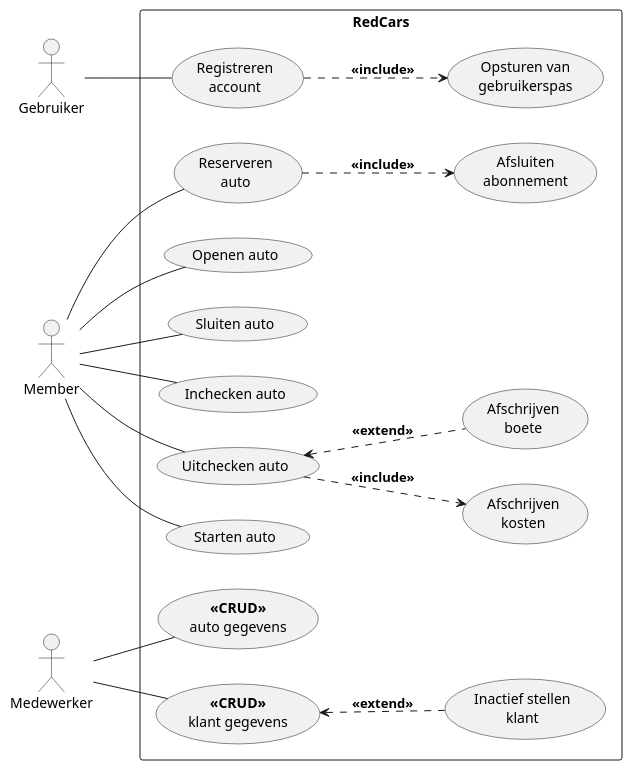
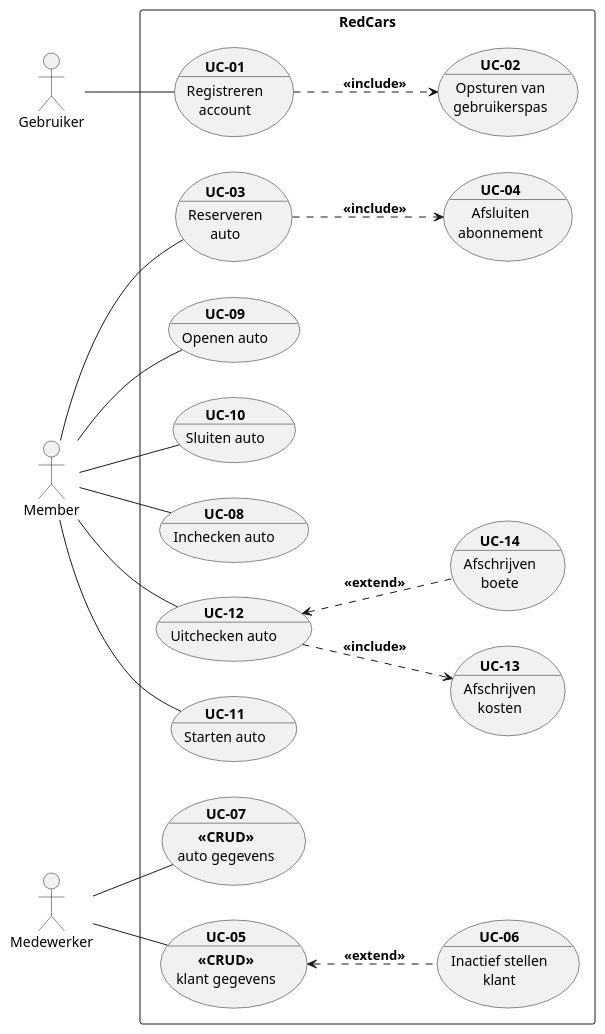
The diagram in diagrams/plantuml/use_case/use_case_diagram.puml (LukevLuijn/osm_mo_casus), drawn with PlantUML before and after one commit. The commit also changed 2 other files, not shown here.

Commit message:
[osmm] diagram updates & SRS updates

```diff
--- a/diagrams/plantuml/use_case/use_case_diagram.puml
+++ b/diagrams/plantuml/use_case/use_case_diagram.puml
@@ -1,50 +1,93 @@
 @startuml
 'https://plantuml.com/use-case-diagram
 
 left to right direction
 
+'|**UC_01**|Account Registeren      |
+'|**UC_02**|Opsturen Gebruikerspas  |
+'|**UC_03**|Auto Reserveren         |
+'|**UC_04**|Abonnement Afsluiten    |
+'|**UC_05**|Beheren Klant Gegevens  |
+'|**UC_06**|Inactief stellen klant  |
+'|**UC_07**|Beheren Auto Gegevens   |
+'|**UC_08**|Auto Inchecken          |
+'|**UC_09**|Auto Openen             |
+'|**UC_10**|Auto Sluiten            |
+'|**UC_11**|Auto Starten            |
+'|**UC_12**|Auto Uitchecken         |
+'|**UC_13**|Afschrijven Kosten      |
+'|**UC_14**|Afschrijven Boete       |
+
 rectangle SystemBoundery as "RedCars"{
-    usecase accountRegisteren       as "Registreren\naccount"
-    usecase opsturenGebruikerspas   as "Opsturen van\ngebruikerspas"
-    usecase autoReserveren          as "Reserveren\nauto"
-    usecase abonnementAfsluiten     as "Afsluiten\nabonnement"
+    usecase accountRegisteren       as "**UC-01**
+    __
+    Registreren\naccount"
+    usecase opsturenGebruikerspas   as "**UC-02**
+    __
+    Opsturen van\ngebruikerspas"
+    usecase autoReserveren          as "**UC-03**
+    __
+    Reserveren\nauto"
+    usecase abonnementAfsluiten     as "**UC-04**
+    __
+    Afsluiten\nabonnement"
 
     accountRegisteren   .down.> opsturenGebruikerspas : **<<include>>**
     autoReserveren      .down.> abonnementAfsluiten : **<<include>>**
 
-    usecase autoOpenen      as "Openen auto"
-    usecase autoSluiten     as "Sluiten auto"
-    usecase autoInchecken   as "Inchecken auto"
-    usecase autoUitchecken  as "Uitchecken auto"
-    usecase autoStarten     as "Starten auto"
+    usecase autoOpenen      as "**UC-09**
+    __
+    Openen auto"
+    usecase autoSluiten     as "**UC-10**
+    __
+    Sluiten auto"
+    usecase autoInchecken   as "**UC-08**
+    __
+    Inchecken auto"
+    usecase autoUitchecken  as "**UC-12**
+    __
+    Uitchecken auto"
+    usecase autoStarten     as "**UC-11**
+    __
+    Starten auto"
 
-    usecase afschrijvenKosten as "Afschrijven\nkosten"
-    usecase afschrijvenBoete  as "Afschrijven\nboete"
+    usecase afschrijvenKosten as "**UC-13**
+    __
+    Afschrijven\nkosten"
+    usecase afschrijvenBoete  as "**UC-14**
+    __
+    Afschrijven\nboete"
 
     autoUitchecken ..> afschrijvenKosten    : **<<include>>**
     autoUitchecken <.. afschrijvenBoete     : **<<extend>>**
 
-    usecase beherenAutoGegevens     as "**<<CRUD>>**\nauto gegevens"
-    usecase beherenKlantGegevens    as "**<<CRUD>>**\nklant gegevens"
-    usecase klantInactief           as "Inactief stellen\nklant"
+    usecase beherenAutoGegevens     as "**UC-07**
+    __
+    **<<CRUD>>**\nauto gegevens"
+    usecase beherenKlantGegevens    as "**UC-05**
+    __
+    **<<CRUD>>**\nklant gegevens"
+    usecase klantInactief           as "**UC-06**
+    __
+    Inactief stellen\nklant"
 
     beherenKlantGegevens <.. klantInactief : **<<extend>>**
 }
 
 actor klant as "Gebruiker"
 actor member as "Member"
 actor medewerker as "Medewerker"
 
 klant -- accountRegisteren
 
 medewerker -- beherenAutoGegevens
 medewerker -- beherenKlantGegevens
 
 member -- autoReserveren
 member -- autoOpenen
 member -- autoSluiten
 member -- autoInchecken
 member -- autoUitchecken
 member -- autoStarten
 
 @enduml
```
